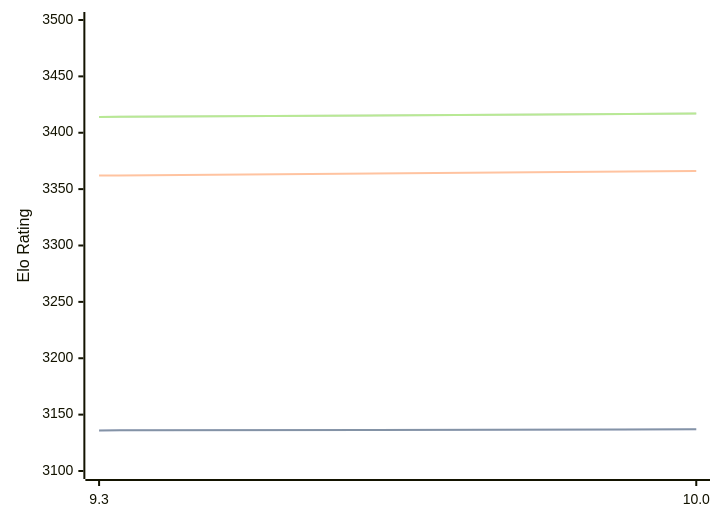
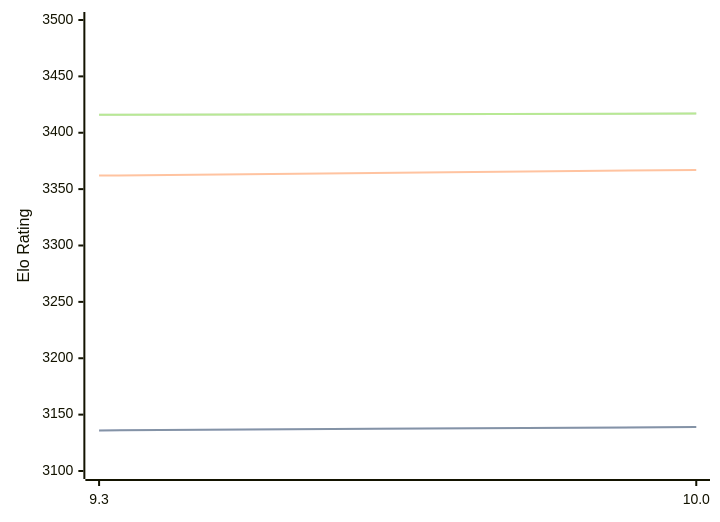
The diagram in engines/Fire.md (computer-chess-index/cci), drawn with Mermaid before and after one commit. The commit also changed other lines of this file, not shown here.

Commit message:
Update CCI Ratings (ELO VLTC) - 2026-08-05

````diff
--- a/engines/Fire.md
+++ b/engines/Fire.md
@@ -47,11 +47,11 @@
 ```mermaid
 %%{init: {"theme":"base","themeVariables":{"seriesColors:['#a3a3a3','#222221','#faa371']}}}%%
 xychart-beta
   x-axis ["9.3", "10.0"]
   y-axis "Elo Rating" 3100 --> 3500
-  line "STC (8.0+0.08s)" [3136, 3137]
-  line "STC (8.0+0.08s)" [3136, 3137]
-  line "LTC (60.0+0.60s)" [3362, 3366]
-  line "VLTC (2m24s+1.12s)" [3414, 3417]
-  line "VLTC (2m24s+1.12s)" [3414, 3417]
+  line "STC (8.0+0.08s)" [3136, 3139]
+  line "STC (8.0+0.08s)" [3136, 3139]
+  line "LTC (60.0+0.60s)" [3362, 3367]
+  line "VLTC (2m24s+1.12s)" [3416, 3417]
+  line "VLTC (2m24s+1.12s)" [3416, 3417]
 ```
````
